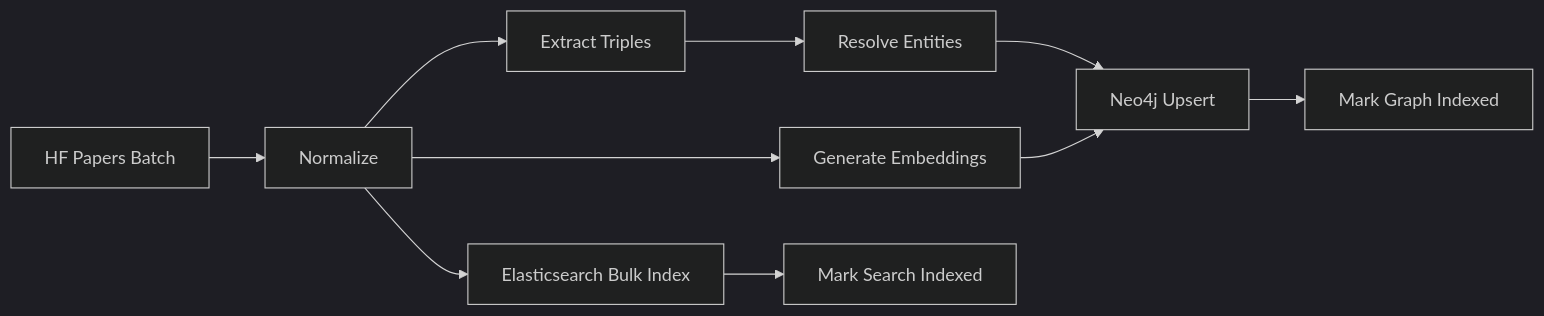
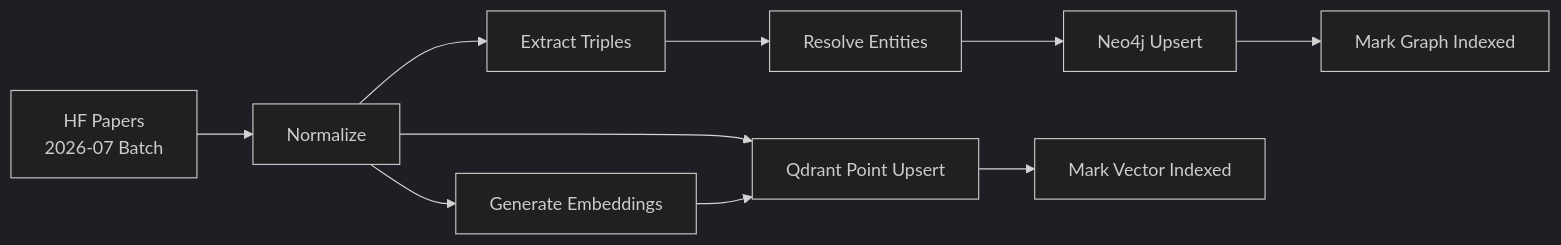
Before and after one commit to linkmind-ai/linkpaper: the third of 4 diagrams in docs/data-architecture/data-retrieval-architecture.md, drawn with Mermaid (dark theme). The commit also changed other lines of this file and 3 other files, not shown here.

````diff
--- a/docs/data-architecture/data-retrieval-architecture.md
+++ b/docs/data-architecture/data-retrieval-architecture.md
@@ -137,12 +184,12 @@
 ```mermaid
 flowchart LR
-    A[HF Papers Batch] --> B[Normalize]
+    A[HF Papers<br/>2026-07 Batch] --> B[Normalize]
     B --> C[Extract Triples]
     C --> D[Resolve Entities]
     B --> E[Generate Embeddings]
     D --> F[Neo4j Upsert]
-    E --> F
-    B --> G[Elasticsearch Bulk Index]
+    B --> G[Qdrant Point Upsert]
+    E --> G
     F --> H[Mark Graph Indexed]
-    G --> I[Mark Search Indexed]
+    G --> I[Mark Vector Indexed]
 ```
````
